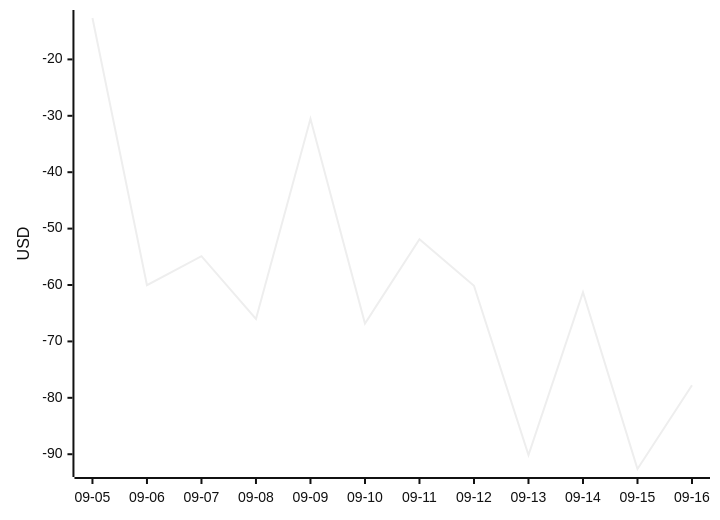
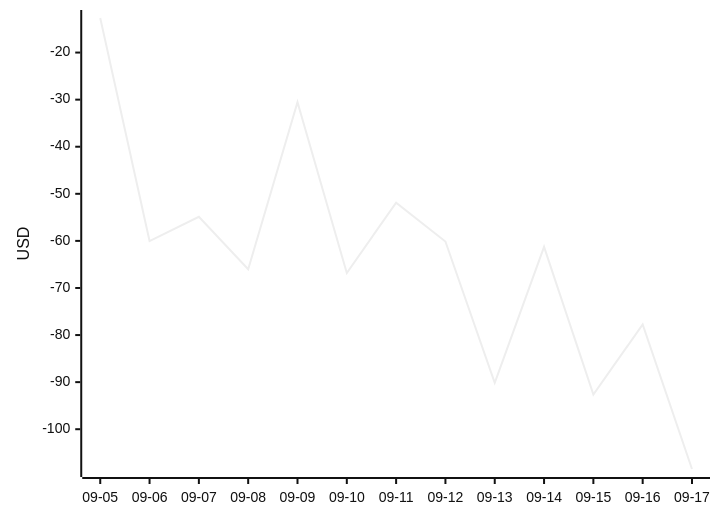
Before and after one commit to aryanvaid2108/prediction-trading: the diagram in DASHBOARD.md, drawn with Mermaid (neutral theme). The commit also changed other lines of this file and 7 other files, not shown here.

````diff
--- a/DASHBOARD.md
+++ b/DASHBOARD.md
@@ -65,6 +65,6 @@
 ```mermaid
 xychart-beta
-  x-axis ["09-05", "09-06", "09-07", "09-08", "09-09", "09-10", "09-11", "09-12", "09-13", "09-14", "09-15", "09-16"]
+  x-axis ["09-05", "09-06", "09-07", "09-08", "09-09", "09-10", "09-11", "09-12", "09-13", "09-14", "09-15", "09-16", "09-17"]
   y-axis "USD"
-  line [-12.66, -60.03, -54.88, -66.03, -30.54, -66.82, -51.90, -60.13, -90.16, -61.28, -92.62, -77.76]
+  line [-12.66, -60.03, -54.88, -66.03, -30.54, -66.82, -51.90, -60.13, -90.16, -61.28, -92.62, -77.76, -108.45]
 ```
````
